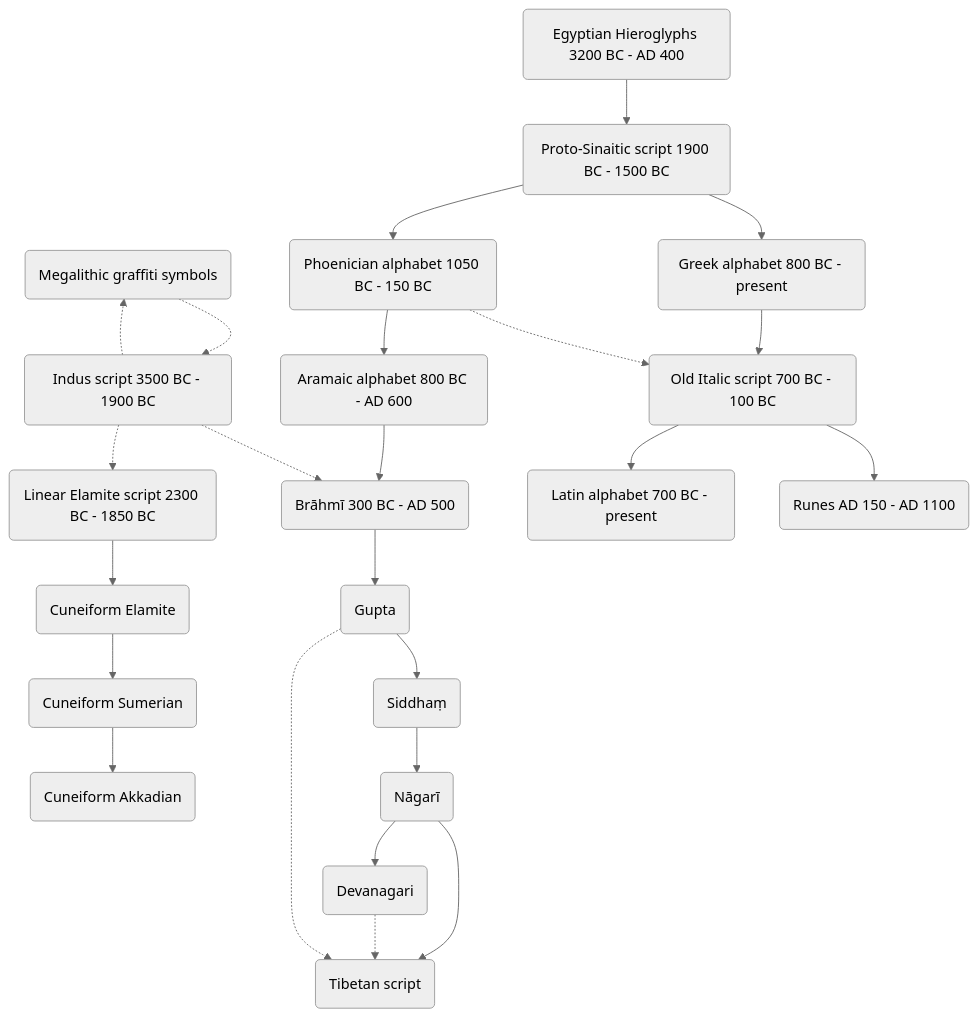
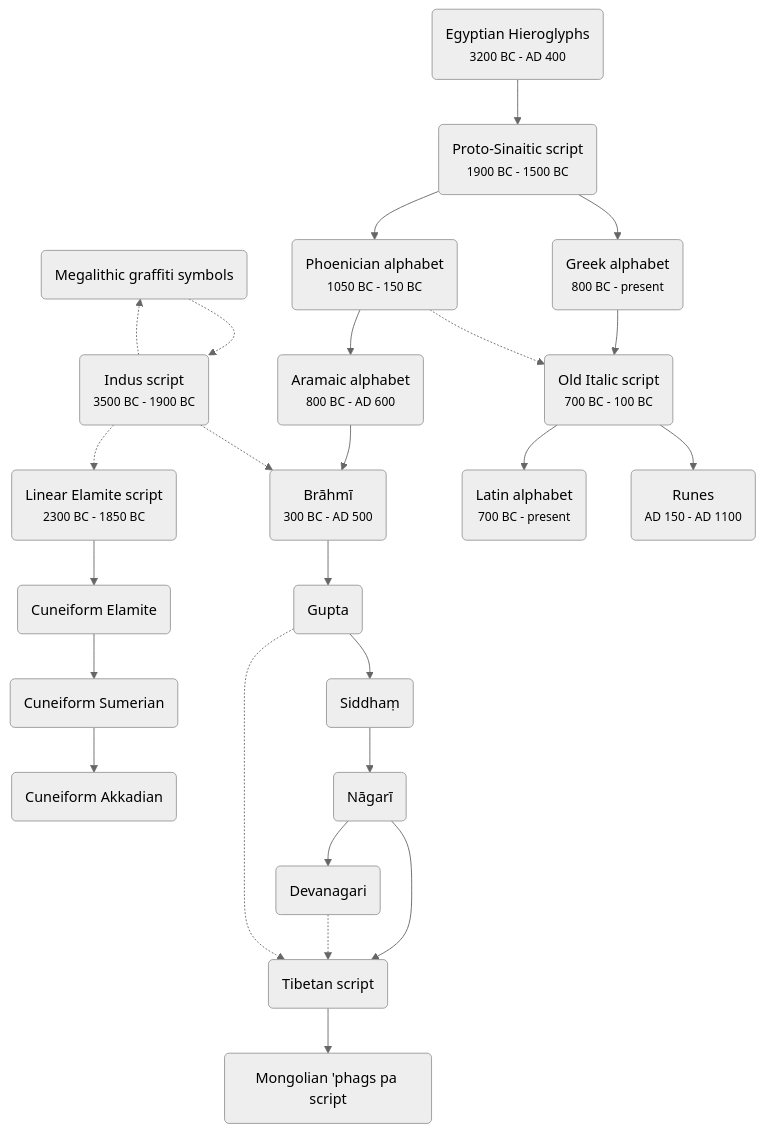
One commit to DigitalTibetan/DigitalTibetan changed the first of 4 diagrams in docs/tibetan_script_history.md. Above: the diagram before and after it, drawn with Mermaid (neutral theme). The commit also changed other lines of this file and 1 other file, not shown here.

Commit message:
'phags pa history and samples

````diff
--- a/docs/tibetan_script_history.md
+++ b/docs/tibetan_script_history.md
@@ -59,27 +60,28 @@
 ```{mermaid}
 graph TD;  
-BA(Megalithic graffiti symbols)-.->BB(Indus script 3500 BC - 1900 BC);
+BA(Megalithic graffiti symbols)-.->BB(Indus script<br><small>3500 BC - 1900 BC<small/>);
 
-CA(Linear Elamite script 2300 BC - 1850 BC)-->CB(Cuneiform Elamite);
+CA(Linear Elamite script<br><small>2300 BC - 1850 BC</small>)-->CB(Cuneiform Elamite);
 CB-->CD(Cuneiform Sumerian);
 CD-->CE(Cuneiform Akkadian);
-L0A(Egyptian Hieroglyphs 3200 BC - AD 400<br>)-->LA(Proto-Sinaitic script 1900 BC - 1500 BC);
-LA-->LB(Phoenician alphabet 1050 BC - 150 BC);
-LB-->LC(Aramaic alphabet 800 BC - AD 600);
-LC-->LD(Brāhmī 300 BC - AD 500);
+L0A(Egyptian Hieroglyphs<br><small>3200 BC - AD 400</small>)-->LA(Proto-Sinaitic script<br><small>1900 BC - 1500 BC</small>);
+LA-->LB(Phoenician alphabet<br><small>1050 BC - 150 BC</small>);
+LB-->LC(Aramaic alphabet<br><small>800 BC - AD 600</small>);
+LC-->LD(Brāhmī<br><small>300 BC - AD 500</small>);
 LD-->LE(Gupta);
 LE-->LF(Siddhaṃ);
 LF-->LG(Nāgarī);
 LG-->LH(Devanagari);
 LG-->LI;
 LH-.->LI(Tibetan script);
-LA-->LK(Greek alphabet 800 BC - present);
-LK-->LL(Old Italic script 700 BC - 100 BC);
-LL-->LM(Latin alphabet 700 BC - present);
-LL-->LN(Runes AD 150 - AD 1100);
+LI-->LI2(Mongolian 'phags pa script)
+LA-->LK(Greek alphabet<br><small>800 BC - present</small>);
+LK-->LL(Old Italic script<br><small>700 BC - 100 BC</small>);
+LL-->LM(Latin alphabet<br><small>700 BC - present</small>);
+LL-->LN(Runes<br><small>AD 150 - AD 1100</small>);
 BB-.->LD;
 BB-.->BA;
 BB-.->CA;
 LB-.->LL;
 LE-.->LI;
 ```
````
